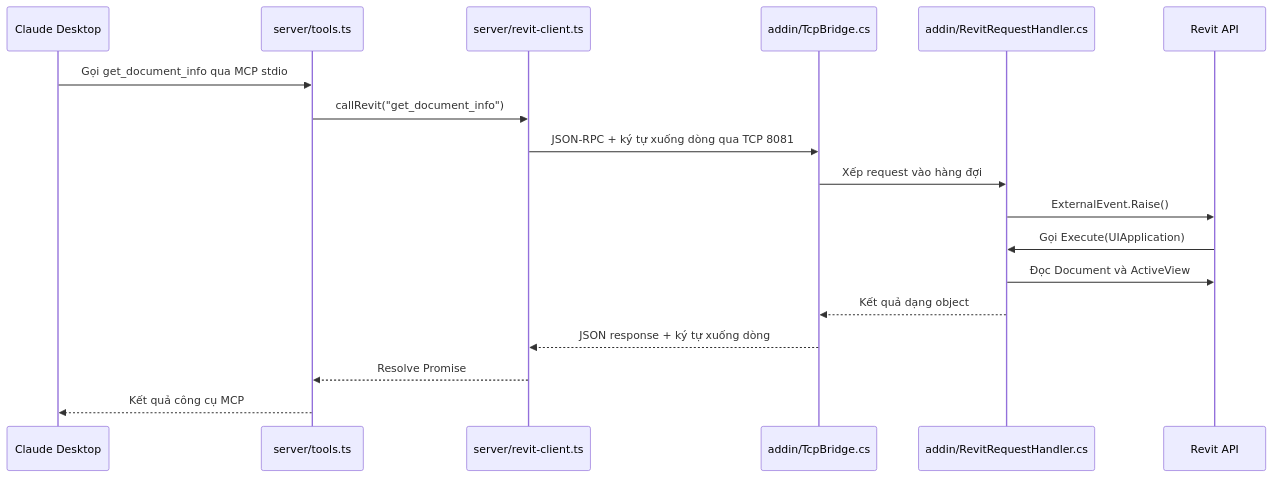
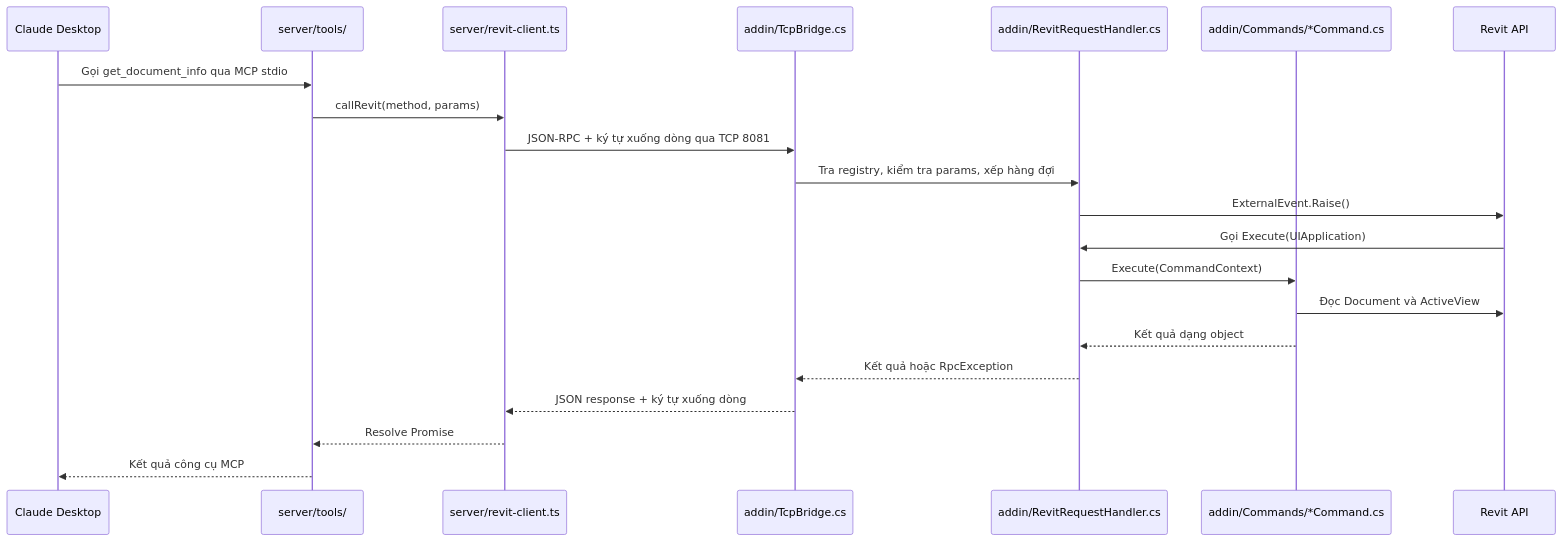
The diagram in docs/02-request-flow.md (haivo088/261011_bimtech-revit-mcp), drawn with Mermaid before and after one commit. The commit also changed other lines of this file and 26 other files, not shown here.

````diff
--- a/docs/02-request-flow.md
+++ b/docs/02-request-flow.md
@@ -3,20 +3,23 @@
 ```mermaid
 sequenceDiagram
     participant Claude as Claude Desktop
-    participant Tools as server/tools.ts
+    participant Tools as server/tools/
     participant Client as server/revit-client.ts
     participant Bridge as addin/TcpBridge.cs
     participant Handler as addin/RevitRequestHandler.cs
+    participant Command as addin/Commands/*Command.cs
     participant Revit as Revit API
     Claude->>Tools: Gọi get_document_info qua MCP stdio
-    Tools->>Client: callRevit("get_document_info")
+    Tools->>Client: callRevit(method, params)
     Client->>Bridge: JSON-RPC + ký tự xuống dòng qua TCP 8081
-    Bridge->>Handler: Xếp request vào hàng đợi
+    Bridge->>Handler: Tra registry, kiểm tra params, xếp hàng đợi
     Handler->>Revit: ExternalEvent.Raise()
     Revit->>Handler: Gọi Execute(UIApplication)
-    Handler->>Revit: Đọc Document và ActiveView
-    Handler-->>Bridge: Kết quả dạng object
+    Handler->>Command: Execute(CommandContext)
+    Command->>Revit: Đọc Document và ActiveView
+    Command-->>Handler: Kết quả dạng object
+    Handler-->>Bridge: Kết quả hoặc RpcException
     Bridge-->>Client: JSON response + ký tự xuống dòng
     Client-->>Tools: Resolve Promise
     Tools-->>Claude: Kết quả công cụ MCP
 ```
````
